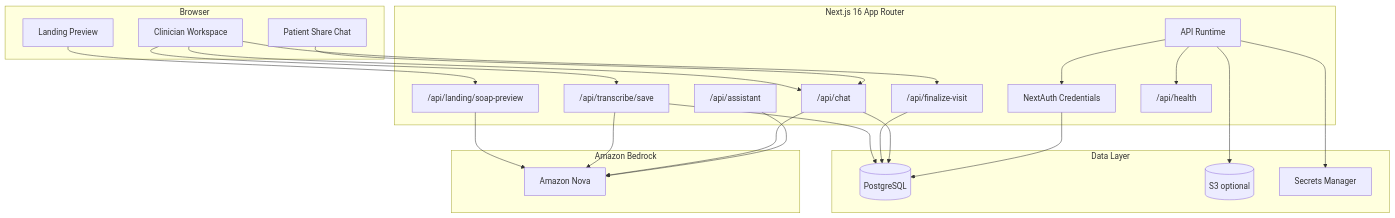
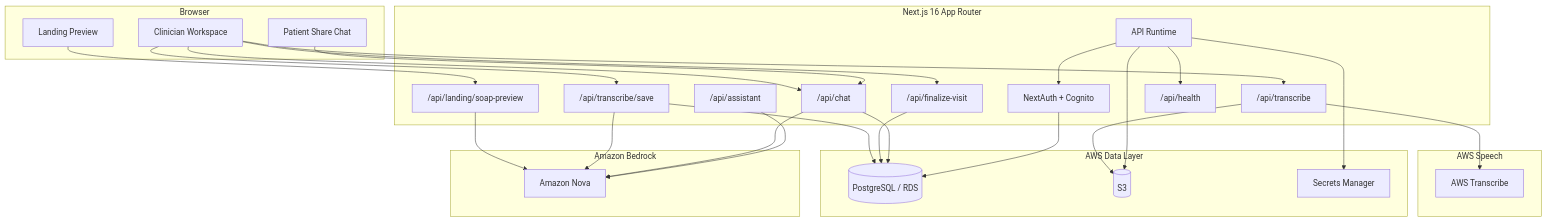
The diagram in README.md (Manoj7ar/Synth-Hackathon), drawn with Mermaid before and after one commit. The commit also changed other lines of this file and 21 other files, not shown here.

Commit message:
Implement AWS-native auth, transcription, and deployment updates

````diff
--- a/README.md
+++ b/README.md
@@ -66,50 +70,58 @@
 ```mermaid
 flowchart TB
   subgraph Browser[Browser]
     LP[Landing Preview]
     CL[Clinician Workspace]
     PT[Patient Share Chat]
   end
 
   subgraph App[Next.js 16 App Router]
     APP_RUNTIME[API Runtime]
-    AUTH[NextAuth Credentials]
+    AUTH[NextAuth + Cognito]
     PREVIEW["/api/landing/soap-preview"]
+    TRANSCRIBE["/api/transcribe"]
     SAVE["/api/transcribe/save"]
     FINAL["/api/finalize-visit"]
     CHAT["/api/chat"]
     ASSIST["/api/assistant"]
     HEALTH["/api/health"]
   end
 
   subgraph AI[Amazon Bedrock]
     NOVA[Amazon Nova]
   end
 
-  subgraph DATA[Data Layer]
-    PG[(PostgreSQL)]
-    S3[(S3 optional)]
+  subgraph Data[AWS Data Layer]
+    PG[(PostgreSQL / RDS)]
+    S3[(S3)]
     SECRETS[Secrets Manager]
   end
 
+  subgraph Speech[AWS Speech]
+    TRANSCRIBE_SVC[AWS Transcribe]
+  end
+
   LP --> PREVIEW
+  CL --> TRANSCRIBE
   CL --> SAVE
   CL --> FINAL
   CL --> CHAT
   PT --> CHAT
 
   PREVIEW --> NOVA
   SAVE --> NOVA
   CHAT --> NOVA
   ASSIST --> NOVA
+  TRANSCRIBE --> TRANSCRIBE_SVC
+  TRANSCRIBE --> S3
 
   APP_RUNTIME --> AUTH
   APP_RUNTIME --> HEALTH
   SAVE --> PG
   FINAL --> PG
   CHAT --> PG
   AUTH --> PG
 
   APP_RUNTIME --> SECRETS
   APP_RUNTIME --> S3
 ```
````
